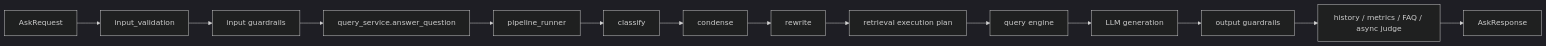
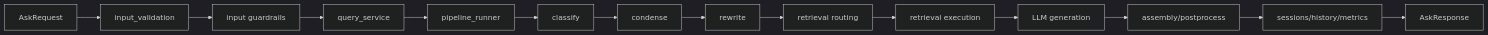
Before and after one commit to ktolmachov/hometutor: the third of 5 diagrams in docs/architecture.md, drawn with Mermaid (dark theme). The commit also changed other lines of this file and 218 other files, not shown here.

````diff
--- a/docs/architecture.md
+++ b/docs/architecture.md
@@ -438,16 +94,16 @@
 ```mermaid
 flowchart LR
-    A[AskRequest] --> B[input_validation]
-    B --> C[input guardrails]
-    C --> D[query_service.answer_question]
-    D --> E[pipeline_runner]
-    E --> F[classify]
-    F --> G[condense]
-    G --> H[rewrite]
-    H --> I[retrieval execution plan]
-    I --> J[query engine]
-    J --> K[LLM generation]
-    K --> L[output guardrails]
-    L --> M[history / metrics / FAQ / async judge]
-    M --> N[AskResponse]
+    Req[AskRequest] --> Validate[input_validation]
+    Validate --> Guard[input guardrails]
+    Guard --> QS[query_service]
+    QS --> Runner[pipeline_runner]
+    Runner --> Classify[classify]
+    Classify --> Condense[condense]
+    Condense --> Rewrite[rewrite]
+    Rewrite --> Route[retrieval routing]
+    Route --> Retrieve[retrieval execution]
+    Retrieve --> Generate[LLM generation]
+    Generate --> Assemble[assembly/postprocess]
+    Assemble --> Persist[sessions/history/metrics]
+    Persist --> Resp[AskResponse]
 ```
````
